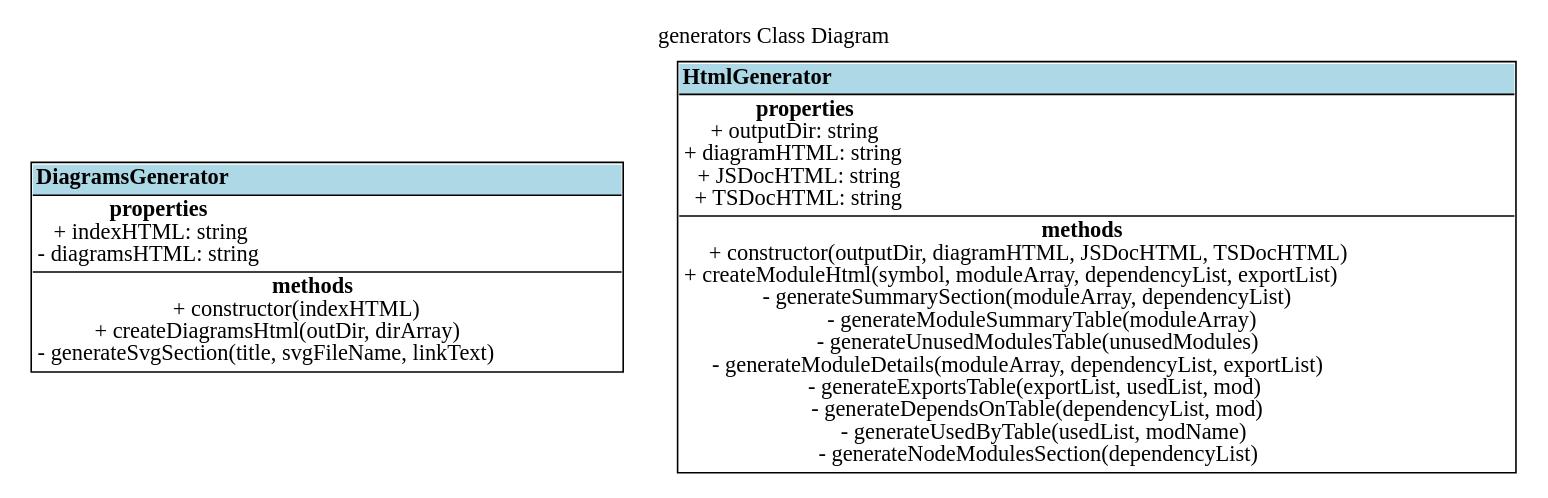
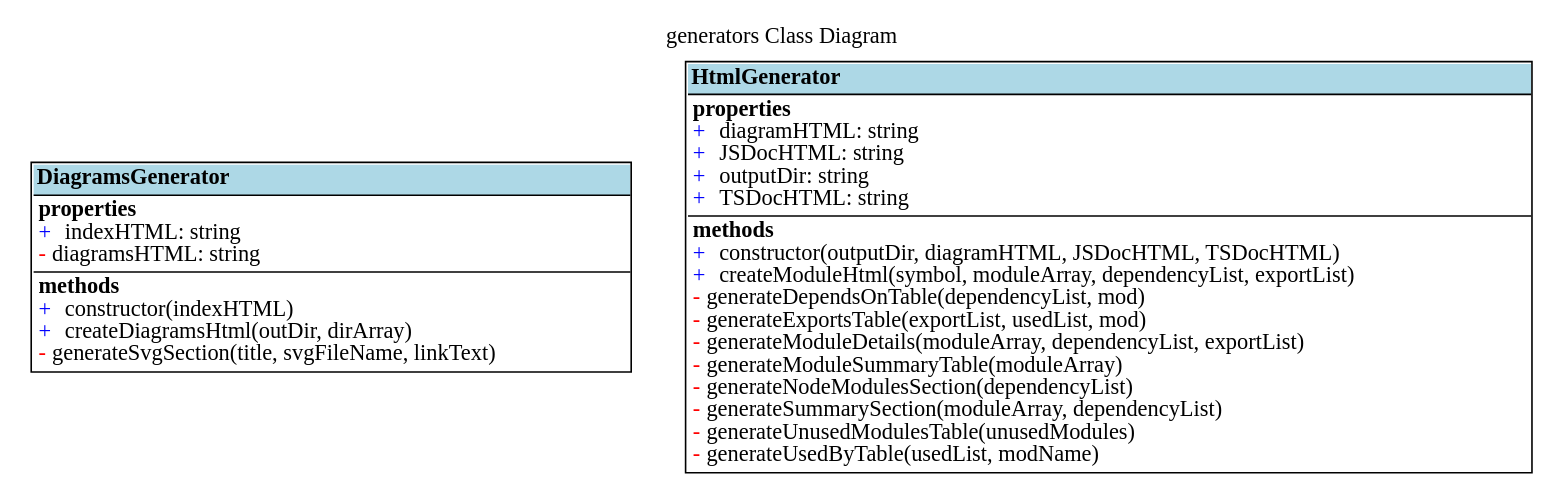
One commit to fleebe/GitHubPages changed the diagram in dep-graph-ts/generators_ClassDiagram.dot. Above: the diagram before and after it, drawn with Graphviz. The commit also changed 22 other files, not shown here.

Commit message:
Update docs for dep-graph-ts from fleebe/dep-graph-ts workflow

```diff
--- a/dep-graph-ts/generators_ClassDiagram.dot
+++ b/dep-graph-ts/generators_ClassDiagram.dot
@@ -1,38 +1,38 @@
 digraph {label="generators Class Diagram";
 labelloc="t";
 "DiagramsGenerator" [shape=none, label=<<TABLE cellspacing="0" cellborder="0" align="left">
 <TR><TD align="left" bgcolor="lightblue"><B>DiagramsGenerator</B></TD></TR>
-<TR><TD BORDER="1" SIDES="T" align="left"><B>properties</B><BR/>
-+ indexHTML: string<BR/>
-- diagramsHTML: string<BR/>
+<TR><TD BORDER="1" SIDES="T" align="left" BALIGN="LEFT"><B>properties</B><BR/>
+<font color='blue'>+</font>  indexHTML: string<BR/>
+<font color='red'>-</font>  diagramsHTML: string<BR/>
 </TD></TR>
-<TR><TD BORDER="1" SIDES="T" align="left"><B>methods</B><BR/>
-+ constructor(indexHTML)<BR/>
-+ createDiagramsHtml(outDir, dirArray)<BR/>
-- generateSvgSection(title, svgFileName, linkText)<BR/>
+<TR><TD BORDER="1" SIDES="T" align="left" BALIGN="LEFT"><B>methods</B><BR/>
+<font color='blue'>+</font>  constructor(indexHTML)<BR/>
+<font color='blue'>+</font>  createDiagramsHtml(outDir, dirArray)<BR/>
+<font color='red'>-</font>  generateSvgSection(title, svgFileName, linkText)<BR/>
 </TD></TR>
 </TABLE>>];
 
 "HtmlGenerator" [shape=none, label=<<TABLE cellspacing="0" cellborder="0" align="left">
 <TR><TD align="left" bgcolor="lightblue"><B>HtmlGenerator</B></TD></TR>
-<TR><TD BORDER="1" SIDES="T" align="left"><B>properties</B><BR/>
-+ outputDir: string<BR/>
-+ diagramHTML: string<BR/>
-+ JSDocHTML: string<BR/>
-+ TSDocHTML: string<BR/>
+<TR><TD BORDER="1" SIDES="T" align="left" BALIGN="LEFT"><B>properties</B><BR/>
+<font color='blue'>+</font>  diagramHTML: string<BR/>
+<font color='blue'>+</font>  JSDocHTML: string<BR/>
+<font color='blue'>+</font>  outputDir: string<BR/>
+<font color='blue'>+</font>  TSDocHTML: string<BR/>
 </TD></TR>
-<TR><TD BORDER="1" SIDES="T" align="left"><B>methods</B><BR/>
-+ constructor(outputDir, diagramHTML, JSDocHTML, TSDocHTML)<BR/>
-+ createModuleHtml(symbol, moduleArray, dependencyList, exportList)<BR/>
-- generateSummarySection(moduleArray, dependencyList)<BR/>
-- generateModuleSummaryTable(moduleArray)<BR/>
-- generateUnusedModulesTable(unusedModules)<BR/>
-- generateModuleDetails(moduleArray, dependencyList, exportList)<BR/>
-- generateExportsTable(exportList, usedList, mod)<BR/>
-- generateDependsOnTable(dependencyList, mod)<BR/>
-- generateUsedByTable(usedList, modName)<BR/>
-- generateNodeModulesSection(dependencyList)<BR/>
+<TR><TD BORDER="1" SIDES="T" align="left" BALIGN="LEFT"><B>methods</B><BR/>
+<font color='blue'>+</font>  constructor(outputDir, diagramHTML, JSDocHTML, TSDocHTML)<BR/>
+<font color='blue'>+</font>  createModuleHtml(symbol, moduleArray, dependencyList, exportList)<BR/>
+<font color='red'>-</font>  generateDependsOnTable(dependencyList, mod)<BR/>
+<font color='red'>-</font>  generateExportsTable(exportList, usedList, mod)<BR/>
+<font color='red'>-</font>  generateModuleDetails(moduleArray, dependencyList, exportList)<BR/>
+<font color='red'>-</font>  generateModuleSummaryTable(moduleArray)<BR/>
+<font color='red'>-</font>  generateNodeModulesSection(dependencyList)<BR/>
+<font color='red'>-</font>  generateSummarySection(moduleArray, dependencyList)<BR/>
+<font color='red'>-</font>  generateUnusedModulesTable(unusedModules)<BR/>
+<font color='red'>-</font>  generateUsedByTable(usedList, modName)<BR/>
 </TD></TR>
 </TABLE>>];
 
 }
```
